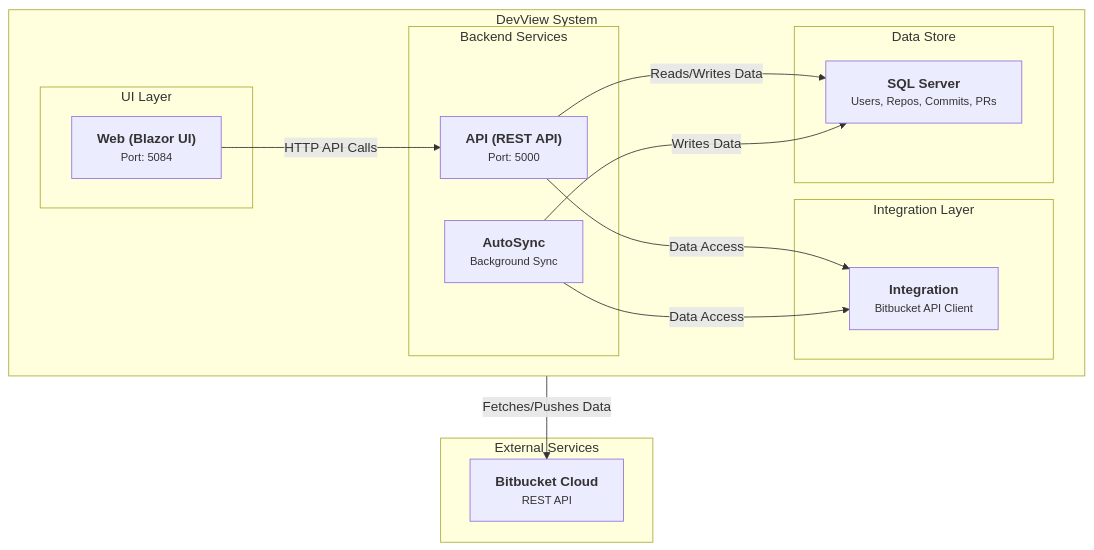
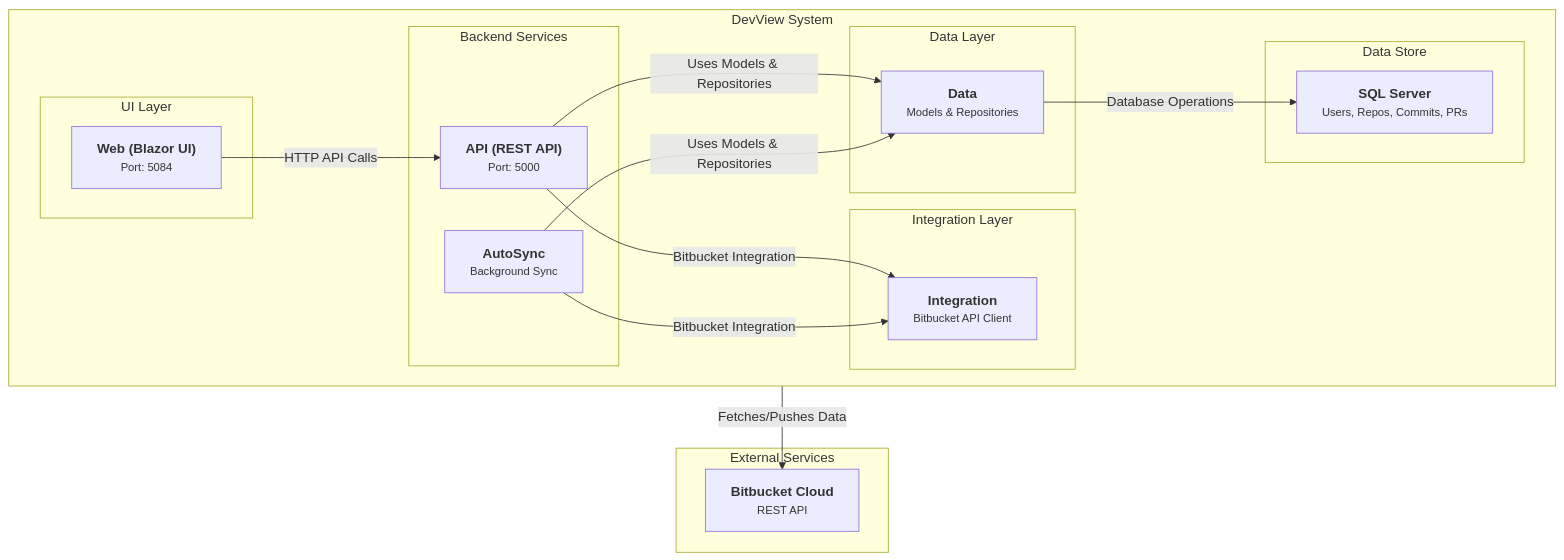
One commit to bhardwajvicky/DevView changed the diagram in README.md. Above: the diagram before and after it, drawn with Mermaid. The commit also changed other lines of this file and 39 other files, not shown here.

First line of the commit message:
feat: Introduce Data project for shared data models and repository services

````diff
--- a/README.md
+++ b/README.md
@@ -29,34 +29,39 @@
 ```mermaid
 graph TD
     subgraph "DevView System"
         direction LR
         
         subgraph "UI Layer"
             Web["<div style='font-weight: bold'>Web (Blazor UI)</div><div style='font-size: smaller'>Port: 5084</div>"]
         end
         
         subgraph "Backend Services"
             API["<div style='font-weight: bold'>API (REST API)</div><div style='font-size: smaller'>Port: 5000</div>"]
             AutoSync["<div style='font-weight: bold'>AutoSync</div><div style='font-size: smaller'>Background Sync</div>"]
+        end
+        
+        subgraph "Data Layer"
+            Data["<div style='font-weight: bold'>Data</div><div style='font-size: smaller'>Models & Repositories</div>"]
         end
         
         subgraph "Integration Layer"
             Integration["<div style='font-weight: bold'>Integration</div><div style='font-size: smaller'>Bitbucket API Client</div>"]
         end
         
         subgraph "Data Store"
             Database["<div style='font-weight: bold'>SQL Server</div><div style='font-size: smaller'>Users, Repos, Commits, PRs</div>"]
         end
     end
     
     subgraph "External Services"
         Bitbucket["<div style='font-weight: bold'>Bitbucket Cloud</div><div style='font-size: smaller'>REST API</div>"]
     end
     
     Web -- "HTTP API Calls" --> API
-    API -- "Data Access" --> Integration
-    AutoSync -- "Data Access" --> Integration
+    API -- "Uses Models & Repositories" --> Data
+    AutoSync -- "Uses Models & Repositories" --> Data
+    API -- "Bitbucket Integration" --> Integration
+    AutoSync -- "Bitbucket Integration" --> Integration
     Integration -- "Fetches/Pushes Data" --> Bitbucket
-    API -- "Reads/Writes Data" --> Database
-    AutoSync -- "Writes Data" --> Database
+    Data -- "Database Operations" --> Database
 ```
````
